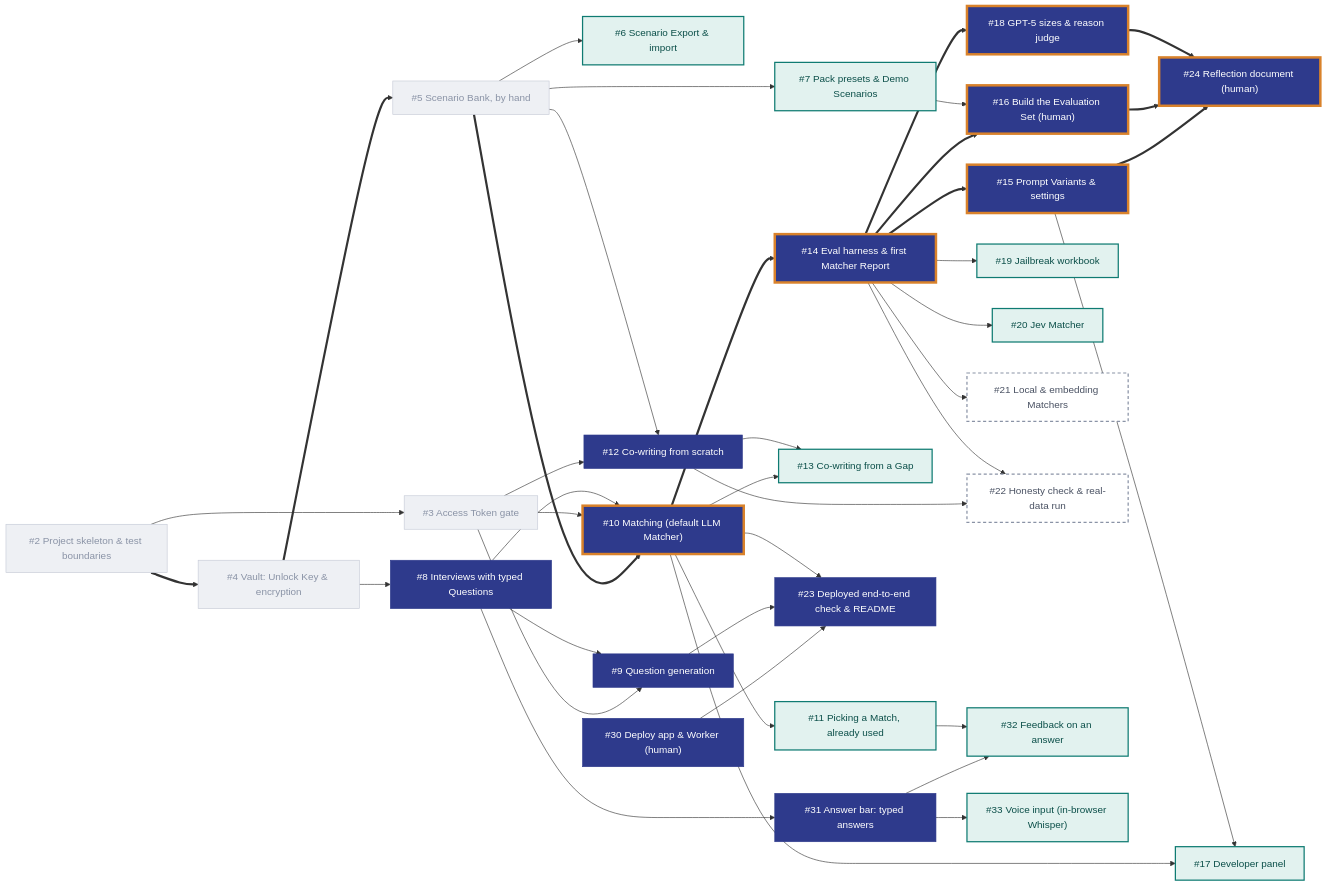
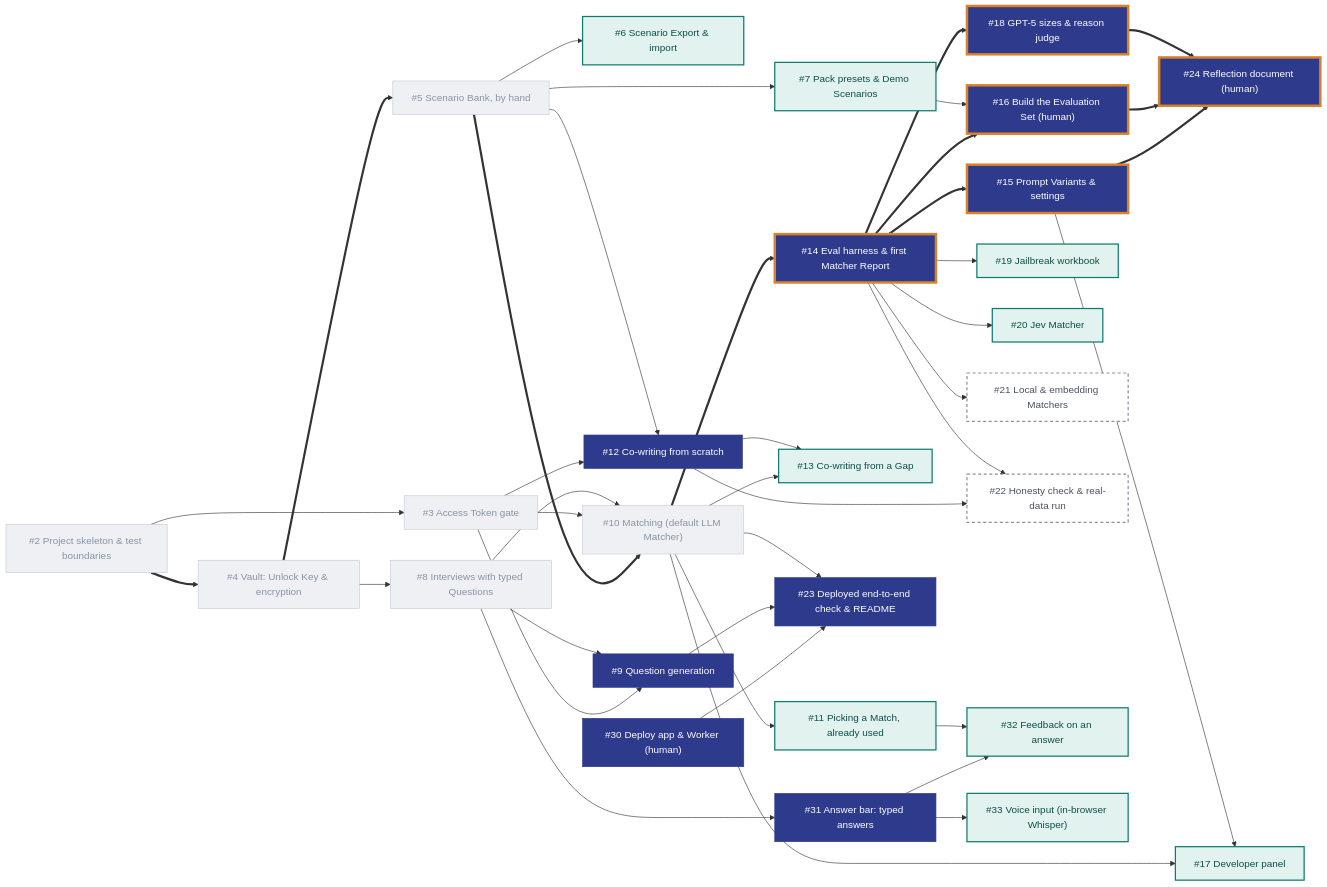
The diagram in README.md (DerykHopley/interview-helper), drawn with Mermaid before and after one commit.

Commit message:
README chart: grey out #8 and #10
#8 merged without its chart update; #10 is marked done here so the chart is current when this PR merges.

````diff
--- a/README.md
+++ b/README.md
@@ -13,63 +13,63 @@
 ```mermaid
 flowchart LR
   T2["#2 Project skeleton & test boundaries"]
   T3["#3 Access Token gate"]
   T4["#4 Vault: Unlock Key & encryption"]
   T5["#5 Scenario Bank, by hand"]
   T6["#6 Scenario Export & import"]
   T7["#7 Pack presets & Demo Scenarios"]
   T8["#8 Interviews with typed Questions"]
   T9["#9 Question generation"]
   T10["#10 Matching (default LLM Matcher)"]
   T11["#11 Picking a Match, already used"]
   T12["#12 Co-writing from scratch"]
   T13["#13 Co-writing from a Gap"]
   T14["#14 Eval harness & first Matcher Report"]
   T15["#15 Prompt Variants & settings"]
   T16["#16 Build the Evaluation Set (human)"]
   T17["#17 Developer panel"]
   T18["#18 GPT-5 sizes & reason judge"]
   T19["#19 Jailbreak workbook"]
   T20["#20 Jev Matcher"]
   T21["#21 Local & embedding Matchers"]
   T22["#22 Honesty check & real-data run"]
   T23["#23 Deployed end-to-end check & README"]
   T24["#24 Reflection document (human)"]
   T30["#30 Deploy app & Worker (human)"]
   T31["#31 Answer bar: typed answers"]
   T32["#32 Feedback on an answer"]
   T33["#33 Voice input (in-browser Whisper)"]
 
   %% critical path (thick arrows)
   T2 ==> T4 ==> T5 ==> T10 ==> T14
   T14 ==> T15 ==> T24
   T14 ==> T16 ==> T24
   T14 ==> T18 ==> T24
 
   %% other dependencies
   T2 --> T3
   T3 --> T9 & T10 & T12
   T4 --> T8
   T5 --> T6 & T7 & T12
   T8 --> T9 & T10 & T31
   T10 --> T11 & T13 & T17
   T12 --> T13 & T22
   T7 --> T16
   T14 --> T19 & T20 & T21 & T22
   T15 --> T17
   T31 --> T32 & T33
   T11 --> T32
   T30 & T9 & T10 --> T23
 
   classDef done fill:#EEF0F4,color:#8A93A6,stroke:#C5CAD6,stroke-width:1px
   classDef must fill:#2E3A8C,color:#fff,stroke:#2E3A8C
   classDef mustcrit fill:#2E3A8C,color:#fff,stroke:#D9822B,stroke-width:4px
   classDef should fill:#E2F2EF,color:#0B4F49,stroke:#0F7B72,stroke-width:2px
   classDef could fill:#fff,color:#4A5263,stroke:#8A93A6,stroke-width:2px,stroke-dasharray:5 4
 
-  class T2,T3,T4,T5 done
-  class T10,T14,T15,T16,T18,T24 mustcrit
-  class T8,T9,T12,T23,T30,T31 must
+  class T2,T3,T4,T5,T8,T10 done
+  class T14,T15,T16,T18,T24 mustcrit
+  class T9,T12,T23,T30,T31 must
   class T6,T7,T11,T13,T17,T19,T20,T32,T33 should
   class T21,T22 could
 ```
````
